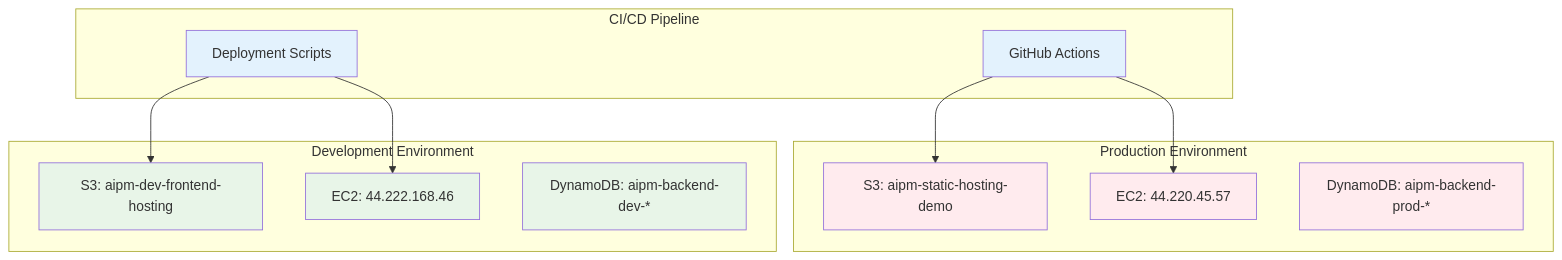
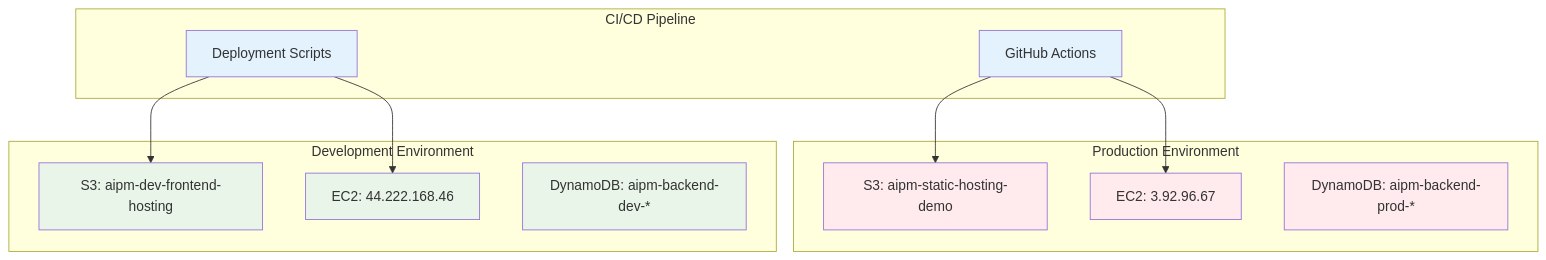
One commit to demian7575/aipm changed the second of 3 diagrams in docs/architecture/SYSTEM_ARCHITECTURE.md. Above: the diagram before and after it, drawn with Mermaid. The commit also changed 102 other files, not shown here.

````diff
--- a/docs/architecture/SYSTEM_ARCHITECTURE.md
+++ b/docs/architecture/SYSTEM_ARCHITECTURE.md
@@ -49,32 +49,32 @@
 ```mermaid
 graph TB
     subgraph "Production Environment"
         ProdFE[S3: aipm-static-hosting-demo]
-        ProdBE[EC2: 44.220.45.57]
+        ProdBE[EC2: 3.92.96.67]
         ProdDDB[DynamoDB: aipm-backend-prod-*]
     end
     
     subgraph "Development Environment"
         DevFE[S3: aipm-dev-frontend-hosting]
         DevBE[EC2: 44.222.168.46]
         DevDDB[DynamoDB: aipm-backend-dev-*]
     end
     
     subgraph "CI/CD Pipeline"
         GHA[GitHub Actions]
         Deploy[Deployment Scripts]
     end
     
     GHA --> ProdFE
     GHA --> ProdBE
     Deploy --> DevFE
     Deploy --> DevBE
     
     classDef prod fill:#ffebee
     classDef dev fill:#e8f5e8
     classDef cicd fill:#e3f2fd
     
     class ProdFE,ProdBE,ProdDDB prod
     class DevFE,DevBE,DevDDB dev
     class GHA,Deploy cicd
 ```
````
